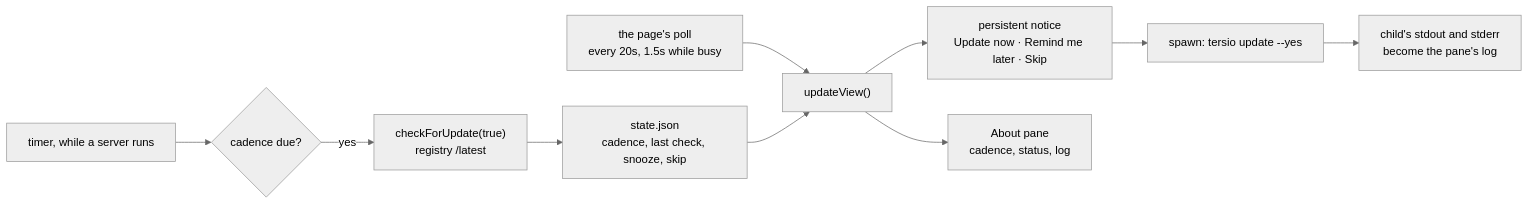
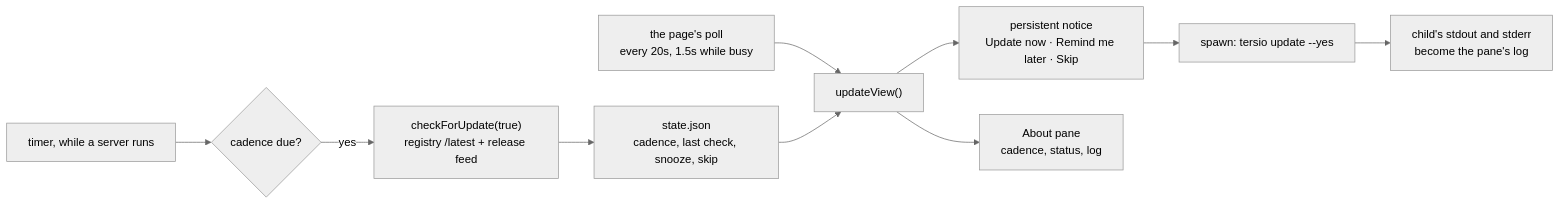
Before and after one commit to FrancoStino/tersio: the sixth of 6 diagrams in docs/ARCHITECTURE.md, drawn with Mermaid (neutral theme). The commit also changed other lines of this file and 42 other files, not shown here.

First line of the commit message:
feat: the update check reads the release feed, and the scorecard reads the port (#60)

````diff
--- a/docs/ARCHITECTURE.md
+++ b/docs/ARCHITECTURE.md
@@ -186,12 +186,12 @@
 ```mermaid
 flowchart LR
   POLL["the page's poll<br/>every 20s, 1.5s while busy"] --> VIEW["updateView()"]
   STATE["state.json<br/>cadence, last check, snooze, skip"] --> VIEW
   VIEW --> NOTICE["persistent notice<br/>Update now · Remind me later · Skip"]
   VIEW --> PANE["About pane<br/>cadence, status, log"]
   TICK["timer, while a server runs"] --> DUE{"cadence due?"}
-  DUE -->|yes| CHECK["checkForUpdate(true)<br/>registry /latest"]
+  DUE -->|yes| CHECK["checkForUpdate(true)<br/>registry /latest + release feed"]
   CHECK --> STATE
   NOTICE --> APPLY["spawn: tersio update --yes"]
   APPLY --> LOG["child's stdout and stderr<br/>become the pane's log"]
 ```
````
